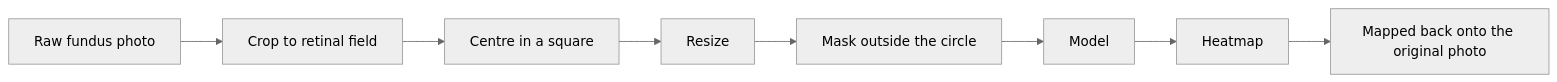
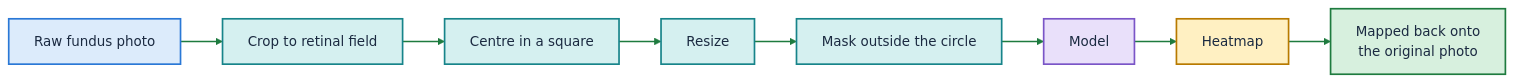
Before and after one commit to hrdk6/Neural-Storm-Hackathon: the fifth of 8 diagrams in README.md, drawn with Mermaid (neutral theme). The commit also changed other lines of this file, not shown here.

````diff
--- a/README.md
+++ b/README.md
@@ -195,5 +231,13 @@
 ```mermaid
 flowchart LR
-    P["Raw fundus photo"] --> Cr["Crop to retinal field"] --> Ce["Centre in a square"] --> Rs["Resize"] --> Mk["Mask outside the circle"] --> Mo["Model"]
-    Mo --> Hm["Heatmap"] --> Bk["Mapped back onto the original photo"]
+    classDef data fill:#DCEBFB,stroke:#2A78D6,stroke-width:2px,color:#1B2A41
+    classDef model fill:#E9E0FA,stroke:#7A55C7,stroke-width:2px,color:#1B2A41
+    classDef good fill:#D7F0DE,stroke:#1E7B3F,stroke-width:2px,color:#1B2A41
+    classDef warn fill:#FFF0C2,stroke:#B87A00,stroke-width:2px,color:#1B2A41
+    classDef bad fill:#FBE0DD,stroke:#C8302F,stroke-width:2px,color:#1B2A41
+    classDef info fill:#D5F0F0,stroke:#17848A,stroke-width:2px,color:#1B2A41
+    classDef gate fill:#FFFFFF,stroke:#1B2A41,stroke-width:2px,color:#1B2A41
+    P["Raw fundus photo"]:::data --> Cr["Crop to retinal field"]:::info --> Ce["Centre in a square"]:::info --> Rs["Resize"]:::info --> Mk["Mask outside the circle"]:::info --> Mo["Model"]:::model
+    Mo --> Hm["Heatmap"]:::warn --> Bk["Mapped back onto<br/>the original photo"]:::good
+    linkStyle default stroke:#1E7B3F,stroke-width:2px
 ```
````
